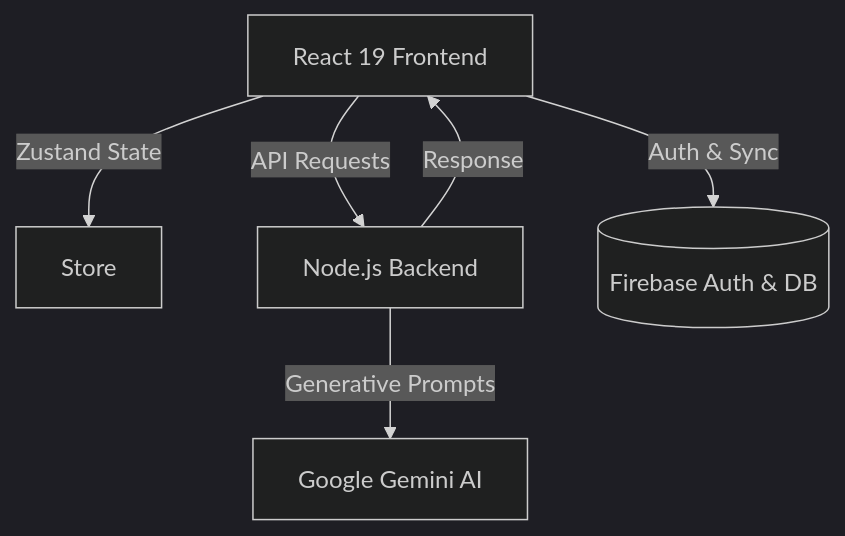
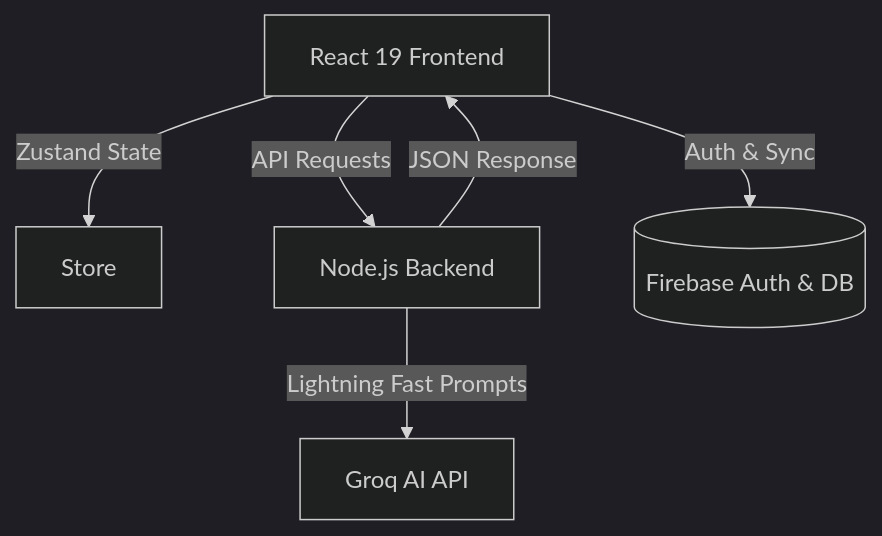
Before and after one commit to kanith8206/Velora-ai: the diagram in README.md, drawn with Mermaid (dark theme). The commit also changed other lines of this file, not shown here.

Commit message:
Docs: Replace Gemini with Groq and expand README sections

````diff
--- a/README.md
+++ b/README.md
@@ -89,8 +121,8 @@
 ```mermaid
 graph TD;
     Client[React 19 Frontend] -->|Zustand State| Store;
     Client -->|API Requests| Express[Node.js Backend];
-    Express -->|Generative Prompts| Gemini[Google Gemini AI];
+    Express -->|Lightning Fast Prompts| Groq[Groq AI API];
     Client -->|Auth & Sync| Firebase[(Firebase Auth & DB)];
-    Express -->|Response| Client;
+    Express -->|JSON Response| Client;
 ```
````
